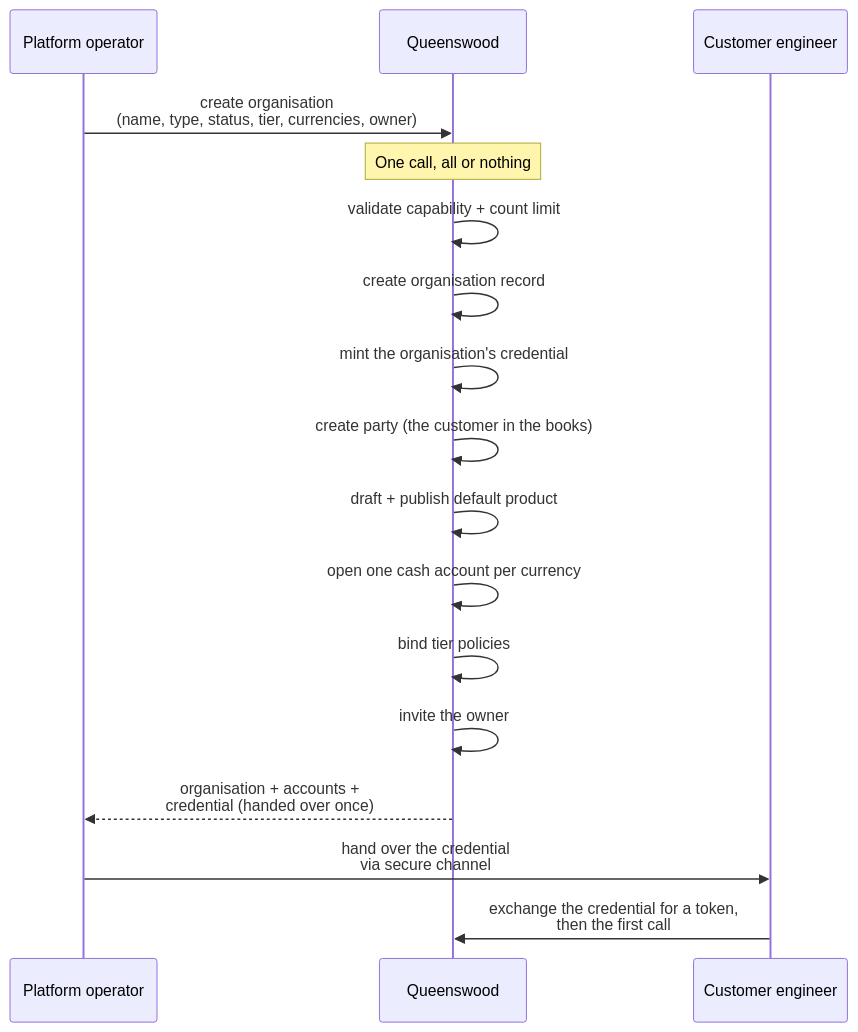
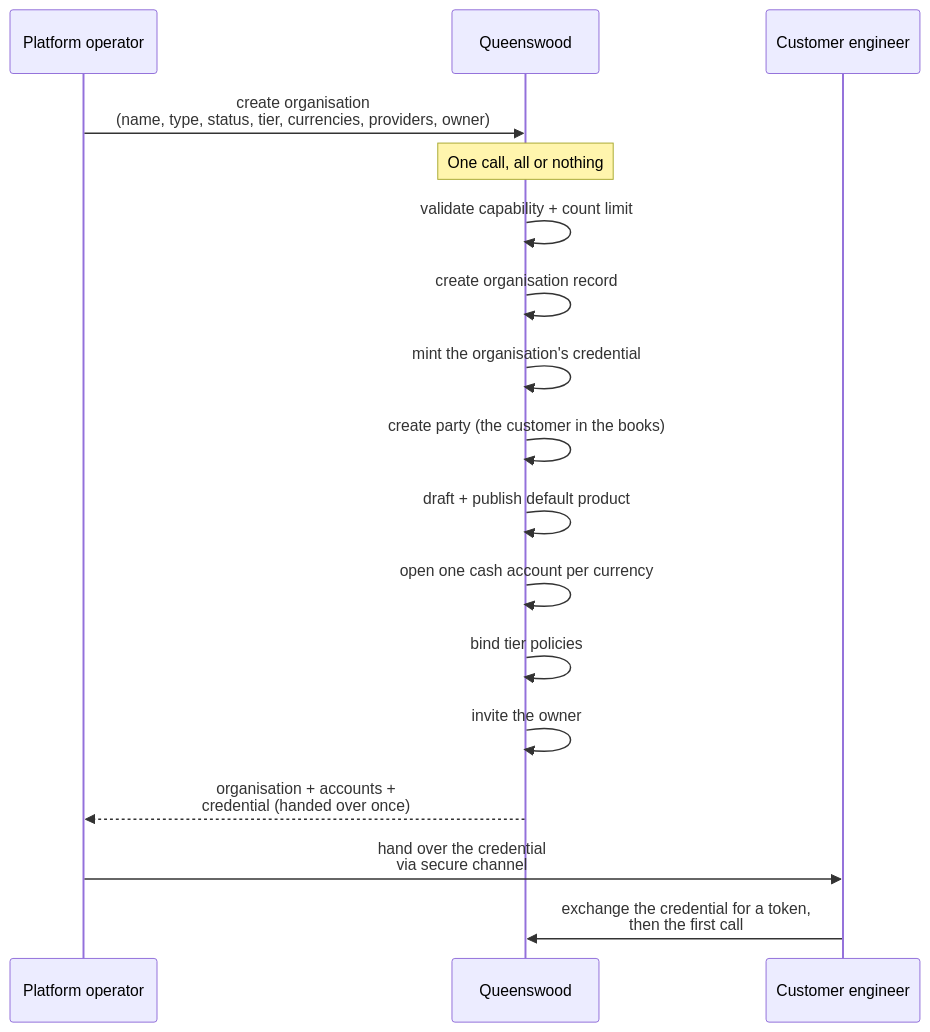
One commit to repldriven/queenswood changed the diagram in docs/prd/onboarding.md. Above: the diagram before and after it, drawn with Mermaid. The commit also changed other lines of this file and 7 other files, not shown here.

````diff
--- a/docs/prd/onboarding.md
+++ b/docs/prd/onboarding.md
@@ -133,20 +149,20 @@
 ```mermaid
 sequenceDiagram
     participant A as Platform operator
     participant Q as Queenswood
     participant T as Customer engineer
 
-    A->>Q: create organisation<br/>(name, type, status, tier, currencies, owner)
+    A->>Q: create organisation<br/>(name, type, status, tier, currencies, providers, owner)
     Note over Q: One call, all or nothing
     Q->>Q: validate capability + count limit
     Q->>Q: create organisation record
     Q->>Q: mint the organisation's credential
     Q->>Q: create party (the customer in the books)
     Q->>Q: draft + publish default product
     Q->>Q: open one cash account per currency
     Q->>Q: bind tier policies
     Q->>Q: invite the owner
     Q-->>A: organisation + accounts +<br/>credential (handed over once)
     A->>T: hand over the credential<br/>via secure channel
     T->>Q: exchange the credential for a token,<br/>then the first call
 ```
````
